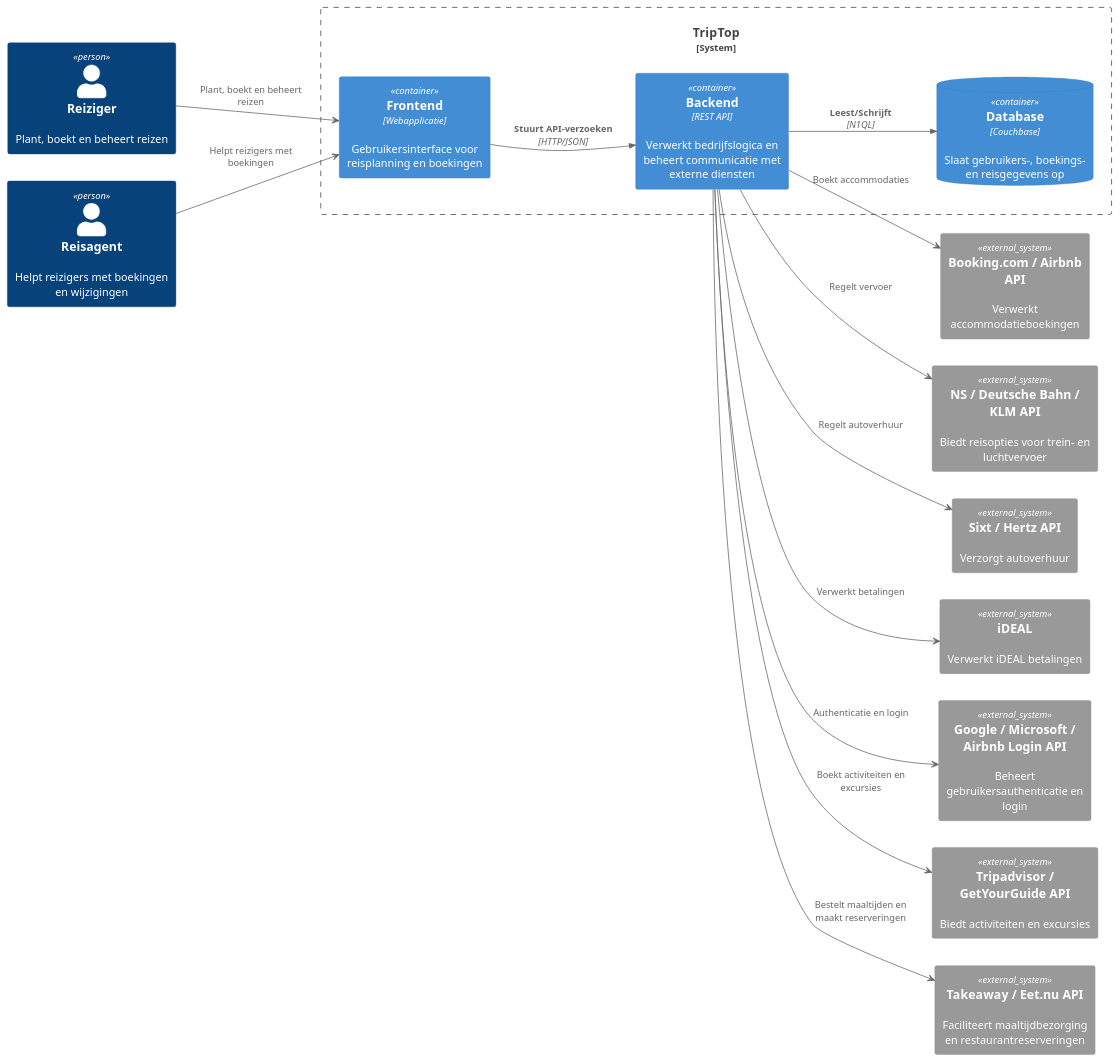
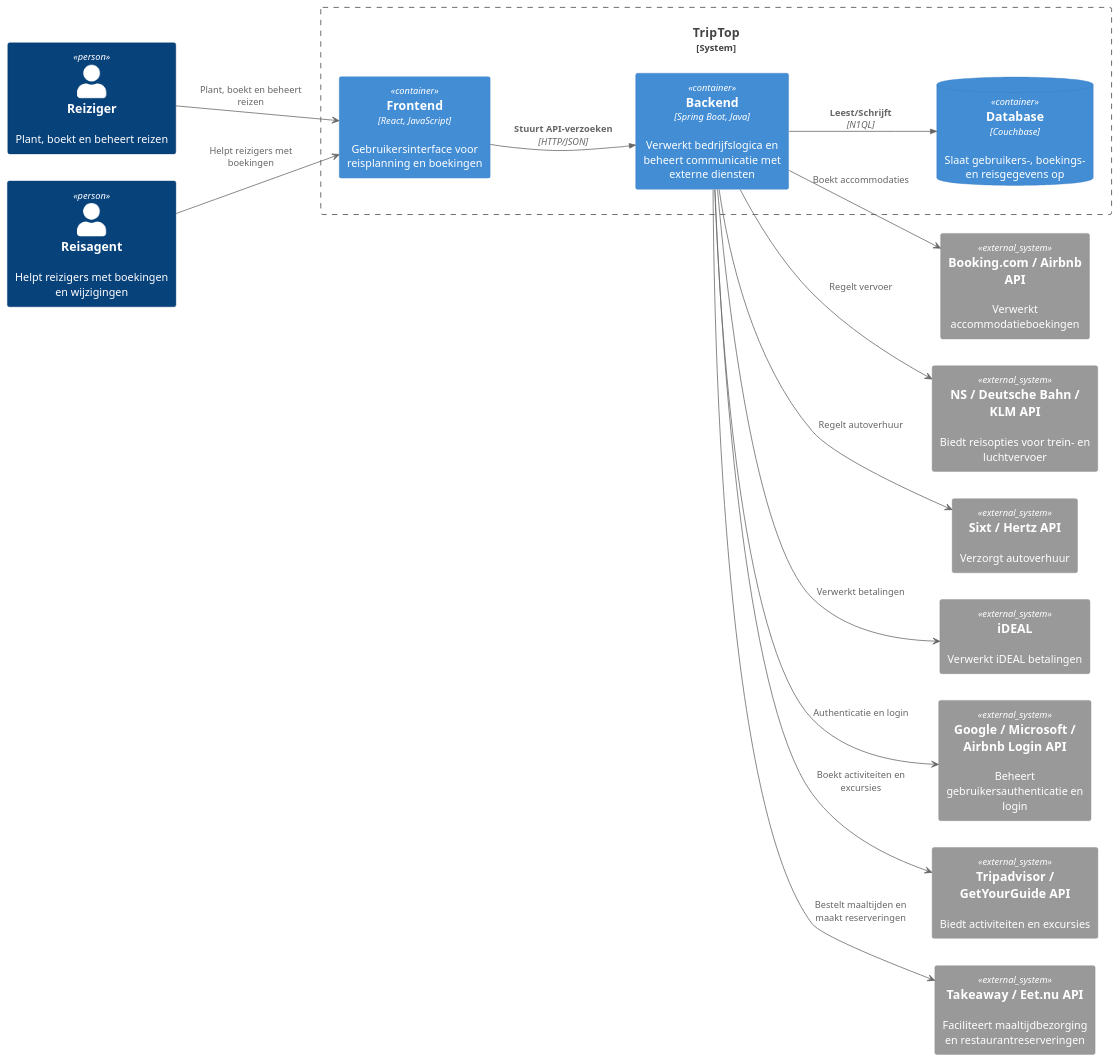
Before and after one commit to AIM-ENE-feb25/triptop-groep-3: the diagram in opdracht-diagrammen/C4 Container/Static/C4-ContainerDiagram-TripTop.puml, drawn with PlantUML. The commit also changed 6 other files, not shown here.

```diff
--- a/opdracht-diagrammen/C4 Container/Static/C4-ContainerDiagram-TripTop.puml
+++ b/opdracht-diagrammen/C4 Container/Static/C4-ContainerDiagram-TripTop.puml
@@ -1,51 +1,51 @@
 @startuml C4_Elements
 !include https://raw.githubusercontent.com/plantuml-stdlib/C4-PlantUML/master/C4_Container.puml
 left to right direction
 ' Definieer Gebruikers
 Person(Traveler, "Reiziger", "Plant, boekt en beheert reizen")
 Person(TravelAgent, "Reisagent", "Helpt reizigers met boekingen en wijzigingen")
 
 ' Definieer Systeem
 System_Boundary(TripTop, "TripTop", $link="https://github.com/plantuml-stdlib/C4-PlantUML") {
 
     ' Definieer Containers
-    Container(Frontend, "Frontend", "Webapplicatie", "Gebruikersinterface voor reisplanning en boekingen")
-    Container(Backend, "Backend", "REST API", "Verwerkt bedrijfslogica en beheert communicatie met externe diensten")
+    Container(Frontend, "Frontend", "React, JavaScript", "Gebruikersinterface voor reisplanning en boekingen")
+    Container(Backend, "Backend", "Spring Boot, Java", "Verwerkt bedrijfslogica en beheert communicatie met externe diensten")
     ContainerDb(Database, "Database", "Couchbase", "Slaat gebruikers-, boekings- en reisgegevens op")
 }
 
 ' Definieer Externe Systemen
 System_Ext(Booking, "Booking.com / Airbnb API", "Verwerkt accommodatieboekingen")
 System_Ext(Transport, "NS / Deutsche Bahn / KLM API", "Biedt reisopties voor trein- en luchtvervoer")
 System_Ext(CarRent, "Sixt / Hertz API", "Verzorgt autoverhuur")
 System_Ext(Activities, "Tripadvisor / GetYourGuide API", "Biedt activiteiten en excursies")
 System_Ext(Food, "Takeaway / Eet.nu API", "Faciliteert maaltijdbezorging en restaurantreserveringen")
 System_Ext(IdProvider, "Google / Microsoft / Airbnb Login API", "Beheert gebruikersauthenticatie en login")
 System_Ext(IDeal, "iDEAL", "Verwerkt iDEAL betalingen")
 
 ' Relaties
 Traveler -> Frontend : "Plant, boekt en beheert reizen"
 TravelAgent -> Frontend : "Helpt reizigers met boekingen"
 Rel(Frontend, Backend, "Stuurt API-verzoeken", "HTTP/JSON")
 Backend -> Booking : "Boekt accommodaties"
 Backend -> Transport : "Regelt vervoer"
 Backend -> CarRent : "Regelt autoverhuur"
 Backend -> Activities : "Boekt activiteiten en excursies"
 Backend -> Food : "Bestelt maaltijden en maakt reserveringen"
 Backend -> IDeal : "Verwerkt betalingen"
 Rel(Backend, Database, "Leest/Schrijft", "N1QL")
 Backend -> IdProvider : "Authenticatie en login"
 
 ' Positionering
 Traveler -[hidden]-> TripTop
 TravelAgent -[hidden]-> TripTop
 Frontend -[hidden]-> Backend
 Backend -[hidden]-> Booking
 Backend -[hidden]-> Transport
 Backend -[hidden]-> CarRent
 Backend -[hidden]-> Activities
 Backend -[hidden]-> Food
 Backend -[hidden]-> IdProvider
 Backend -[hidden]-> IDeal
 
 @enduml
```
